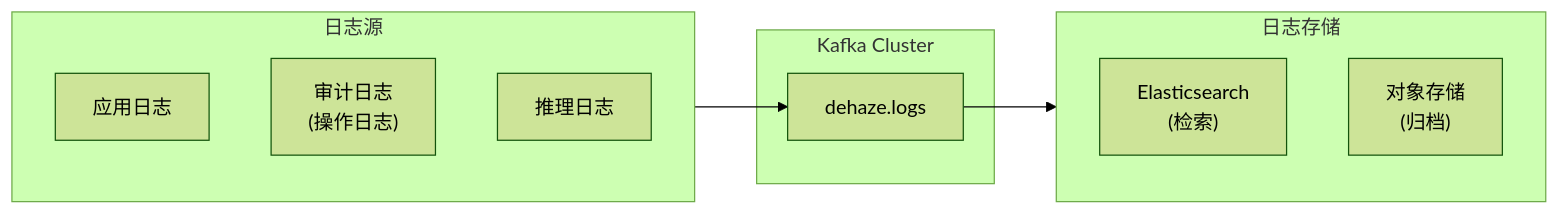
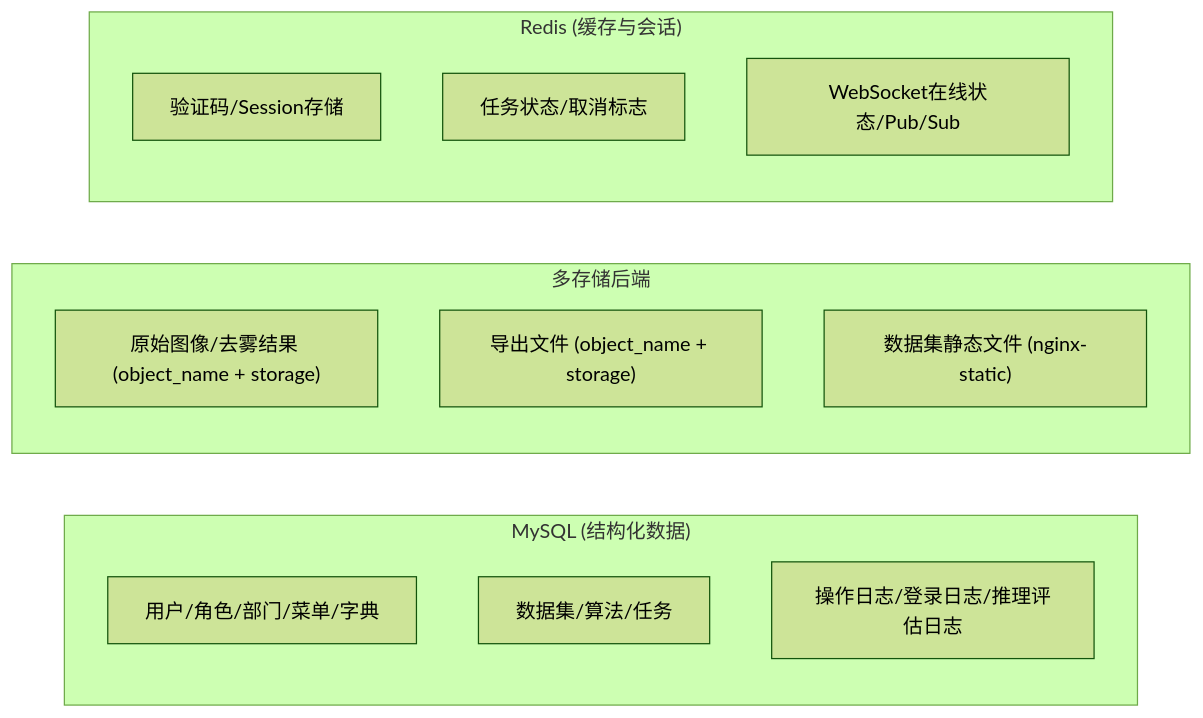
One commit to earthy-zinc/dehaze-system changed the seventh of 10 diagrams in dehaze-doc/docs/04-项目实现/后端/03-Python算法服务架构文档.md. Above: the diagram before and after it, drawn with Mermaid (forest theme). The commit also changed other lines of this file and 755 other files, not shown here.

````diff
--- a/dehaze-doc/docs/04-项目实现/后端/03-Python算法服务架构文档.md
+++ b/dehaze-doc/docs/04-项目实现/后端/03-Python算法服务架构文档.md
@@ -901,19 +330,20 @@
 ```mermaid
 flowchart LR
-    subgraph Sources["日志源"]
-        AppLog["应用日志"]
-        AuditLog["审计日志<br/>(操作日志)"]
-        InferLog["推理日志"]
+    subgraph Relational["MySQL (结构化数据)"]
+        User["用户/角色/部门/菜单/字典"]
+        Business["数据集/算法/任务"]
+        Log["操作日志/登录日志/推理评估日志"]
     end
 
-    subgraph Kafka["Kafka Cluster"]
-        Topic["dehaze.logs"]
+    subgraph Object["多存储后端"]
+        Image["原始图像/去雾结果 (object_name + storage)"]
+        Export["导出文件 (object_name + storage)"]
+        Dataset["数据集静态文件 (nginx-static)"]
     end
 
-    subgraph Sink["日志存储"]
-        ES["Elasticsearch<br/>(检索)"]
-        S3["对象存储<br/>(归档)"]
+    subgraph Cache["Redis (缓存与会话)"]
+        Session["验证码/Session存储"]
+        Task["任务状态/取消标志"]
+        WS["WebSocket在线状态/Pub/Sub"]
     end
-
-    Sources --> Topic --> Sink
 ```
````
